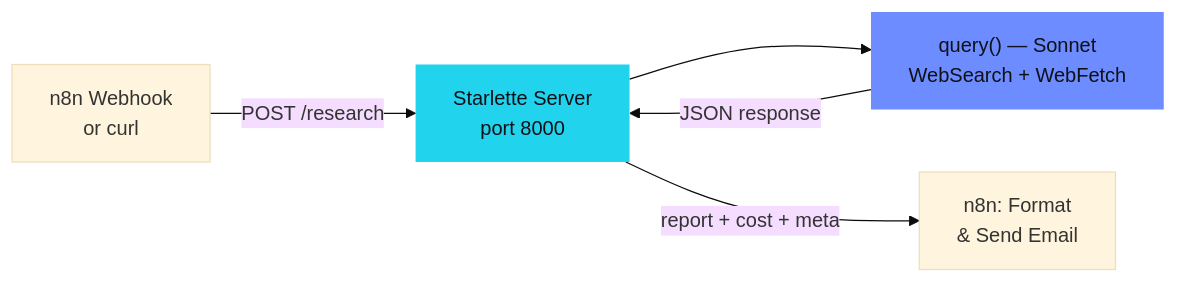
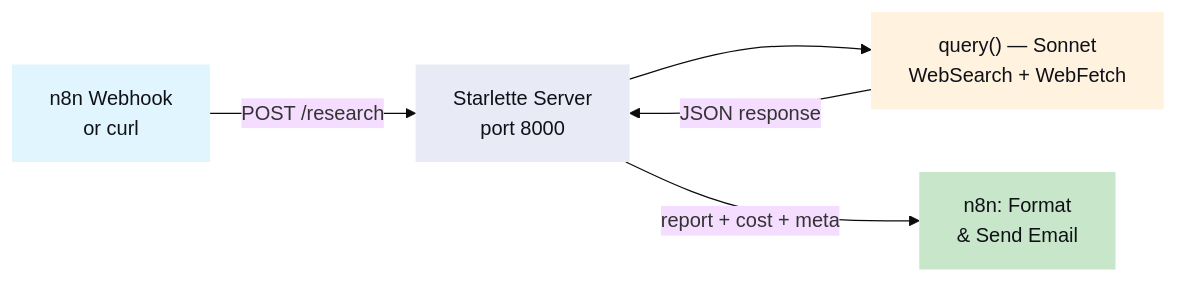
The third of 5 diagrams in README.md (mj-deving/managed-agents-research), drawn with Mermaid (base theme) before and after one commit. The commit also changed other lines of this file, not shown here.

First line of the commit message:
design: Mermaid diagrams use n8n-email-triage pastel color palette

````diff
--- a/README.md
+++ b/README.md
@@ -214,10 +217,12 @@
 ```mermaid
 flowchart LR
     A["n8n Webhook\nor curl"] -->|"POST /research"| B["Starlette Server\nport 8000"]
     B --> C["query() — Sonnet\nWebSearch + WebFetch"]
     C -->|"JSON response"| B
     B -->|"report + cost + meta"| D["n8n: Format\n& Send Email"]
 
-    style B fill:#22d3ee,color:#0f1117,stroke:none
-    style C fill:#6c8cff,color:#0f1117,stroke:none
+    style A fill:#e1f5fe,color:#0f1117,stroke:none
+    style B fill:#e8eaf6,color:#0f1117,stroke:none
+    style C fill:#fff3e0,color:#0f1117,stroke:none
+    style D fill:#c8e6c9,color:#0f1117,stroke:none
 ```
````
